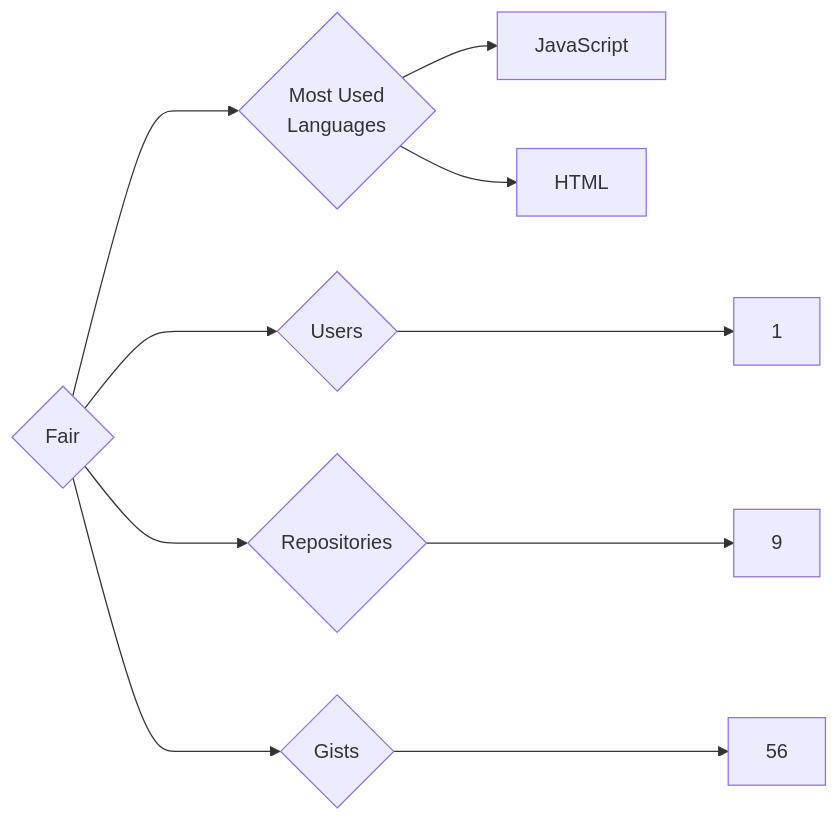
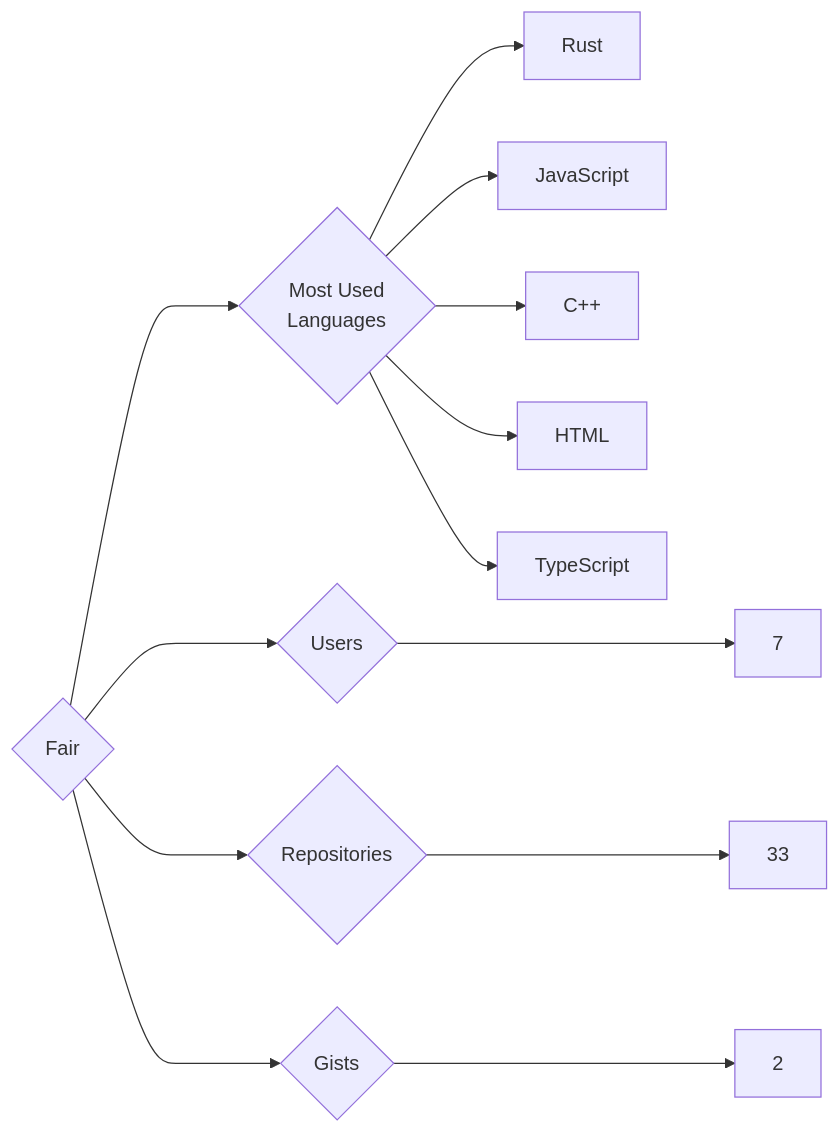
One commit to trickest/insiders changed the diagram in targets/Fair/README.md. Above: the diagram before and after it, drawn with Mermaid. The commit also changed 681 other files, not shown here.

````diff
--- a/targets/Fair/README.md
+++ b/targets/Fair/README.md
@@ -3,10 +3,13 @@
 ```mermaid
 graph LR
 COMPANY_NAME{Fair}
-COMPANY_NAME ---> U{Users} ---> UN[1]
-COMPANY_NAME ---> R{Repositories} ---> RN[9]
-COMPANY_NAME ---> G{Gists} ---> GN[56]
+COMPANY_NAME ---> U{Users} ---> UN[7]
+COMPANY_NAME ---> R{Repositories} ---> RN[33]
+COMPANY_NAME ---> G{Gists} ---> GN[2]
 COMPANY_NAME ---> ML{Most Used<br>Languages}
+ML --> Rust[Rust]
 ML --> JavaScript[JavaScript]
+ML --> C++[C++]
 ML --> HTML[HTML]
+ML --> TypeScript[TypeScript]
 ```
````
